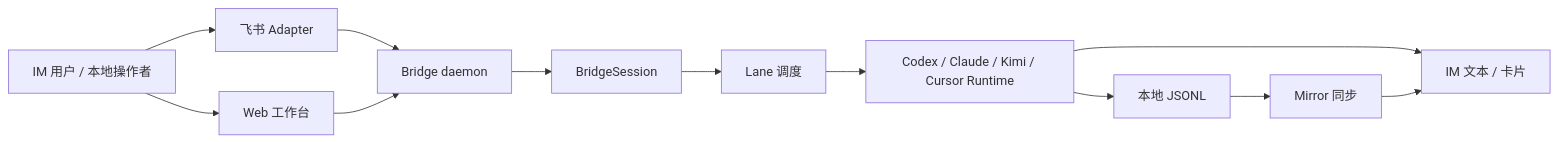
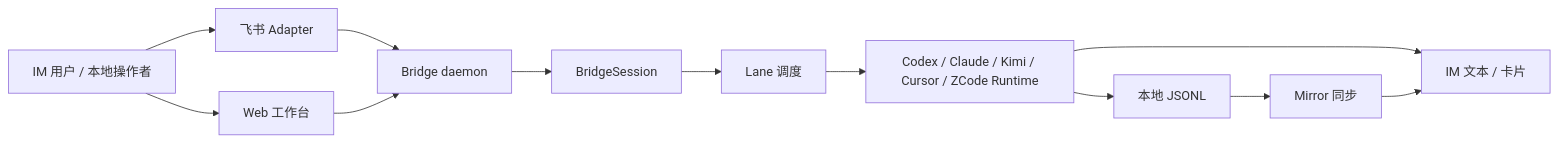
One commit to huiyeruzhou/codelark changed the first of 5 diagrams in docs/architecture/current.md. Above: the diagram before and after it, drawn with Mermaid. The commit also changed other lines of this file and 117 other files, not shown here.

Commit message:
feat(runtime): add ZCode tmux support

````diff
--- a/docs/architecture/current.md
+++ b/docs/architecture/current.md
@@ -7,25 +7,25 @@
 ```mermaid
 flowchart LR
   user[IM 用户 / 本地操作者]
   feishu[飞书 Adapter]
   ui[Web 工作台]
   bridge[Bridge daemon]
   session[BridgeSession]
   lane[Lane 调度]
-  runtime[Codex / Claude / Kimi / Cursor Runtime]
+  runtime[Codex / Claude / Kimi / Cursor / ZCode Runtime]
   jsonl[本地 JSONL]
   mirror[Mirror 同步]
   card[IM 文本 / 卡片]
 
   user --> feishu
   user --> ui
   feishu --> bridge
   ui --> bridge
   bridge --> session
   session --> lane
   lane --> runtime
   runtime --> jsonl
   runtime --> card
   jsonl --> mirror
   mirror --> card
 ```
````
